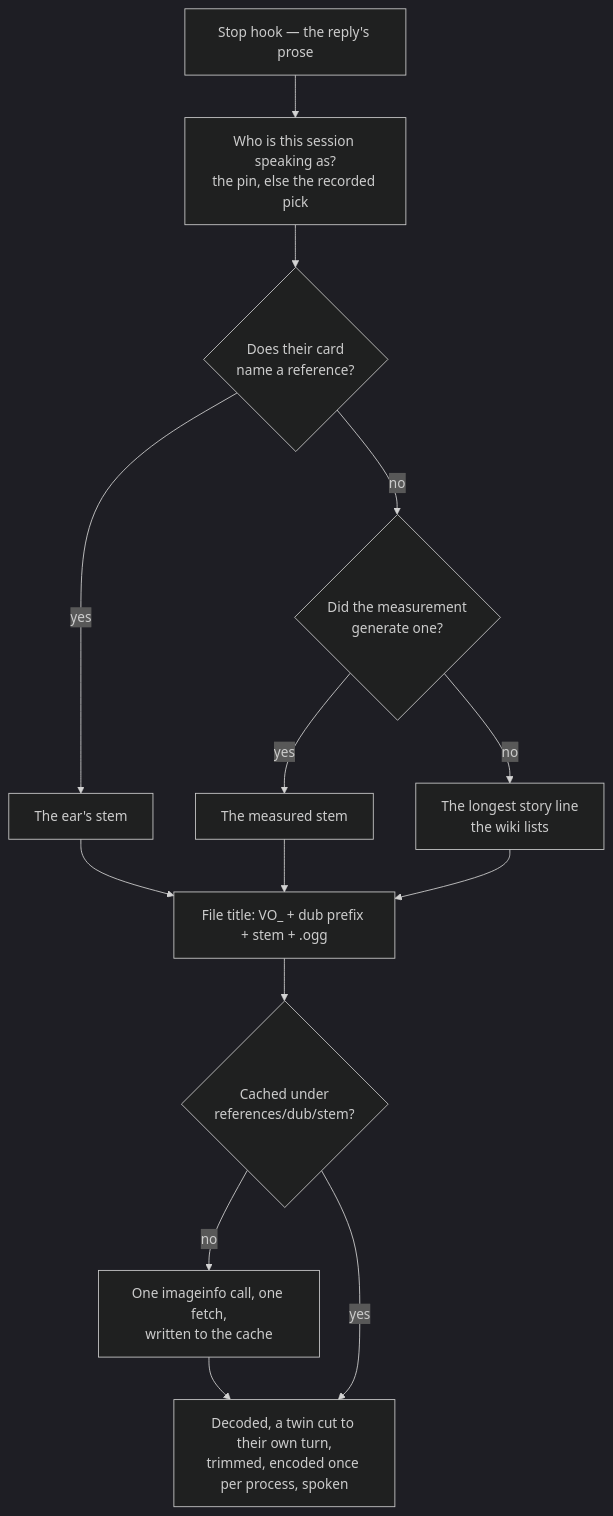
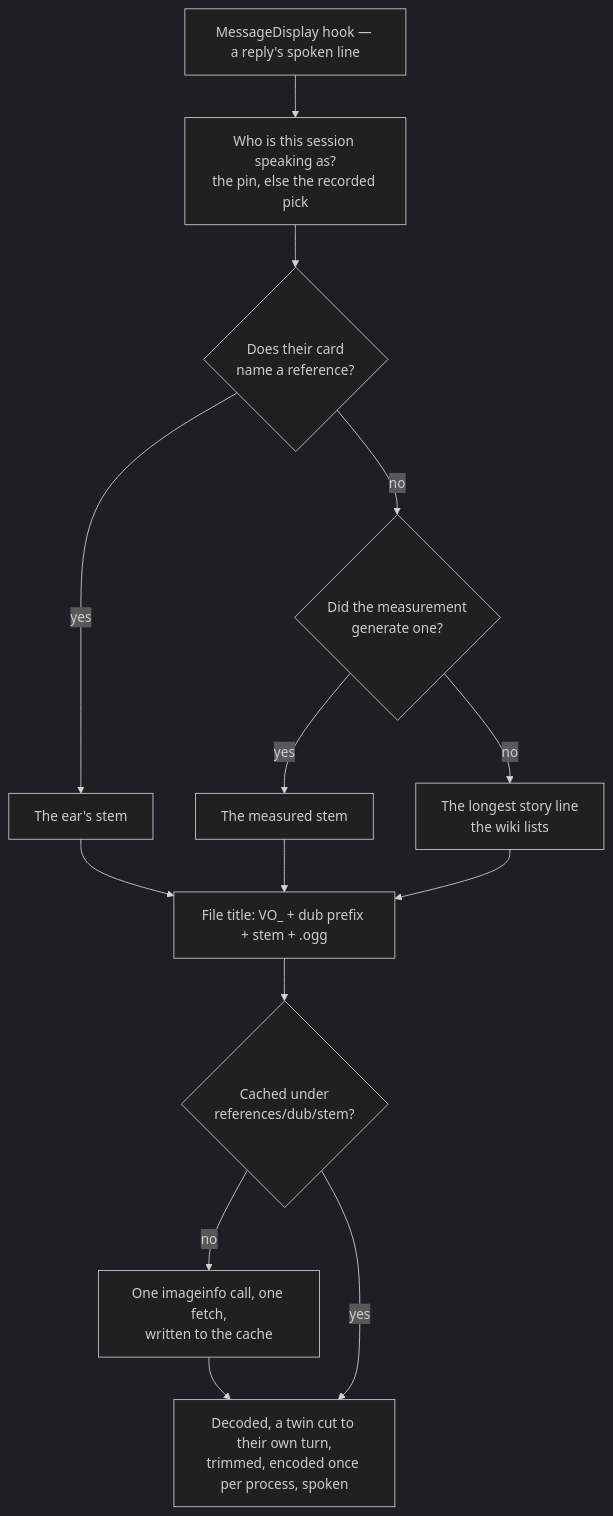
Before and after one commit to Esposter/Esposter: the diagram in apps/web/content/docs/infra/claude-interface/per-character-voices.md, drawn with Mermaid (dark theme). The commit also changed 61 other files, not shown here.

First line of the commit message:
feat(genshin-persona): a reply's spoken lines are read by a MessageDisplay hook the voice verb writes, and the warm makes the greeting

````diff
--- a/apps/web/content/docs/infra/claude-interface/per-character-voices.md
+++ b/apps/web/content/docs/infra/claude-interface/per-character-voices.md
@@ -25,23 +25,23 @@
 ```mermaid
 flowchart TD
-    Reply["Stop hook — the reply's prose"]
+    Reply["MessageDisplay hook — a reply's spoken line"]
     Who["Who is this session speaking as?<br/>the pin, else the recorded pick"]
     Card{"Does their card<br/>name a reference?"}
     Map{"Did the measurement<br/>generate one?"}
     CardStem["The ear's stem"]
     MapStem["The measured stem"]
     Longest["The longest story line<br/>the wiki lists"]
     Title["File title: VO_ + dub prefix + stem + .ogg"]
     Cache{"Cached under<br/>references/dub/stem?"}
     Fetch["One imageinfo call, one fetch,<br/>written to the cache"]
     Clone["Decoded, a twin cut to their own turn,<br/>trimmed, encoded once per process, spoken"]
 
     Reply --> Who --> Card
     Card -- yes --> CardStem --> Title
     Card -- no --> Map
     Map -- yes --> MapStem --> Title
     Map -- no --> Longest --> Title
     Title --> Cache
     Cache -- no --> Fetch --> Clone
     Cache -- yes --> Clone
 ```
````
